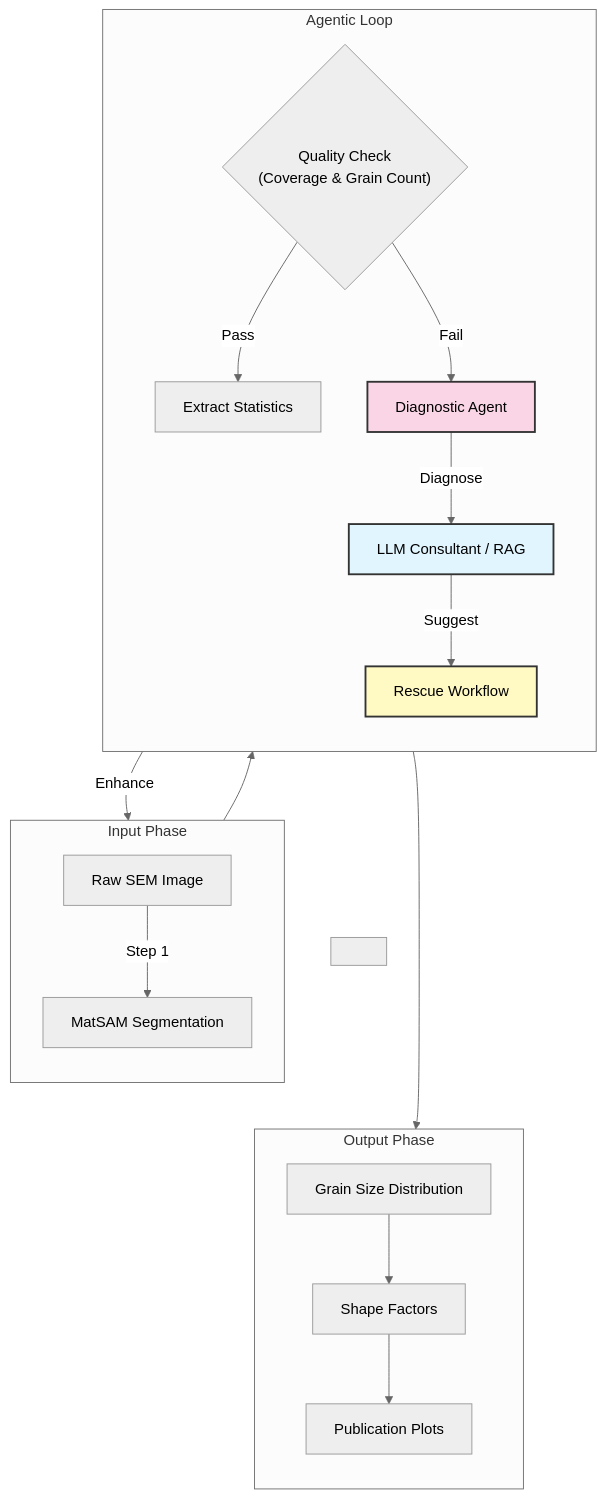
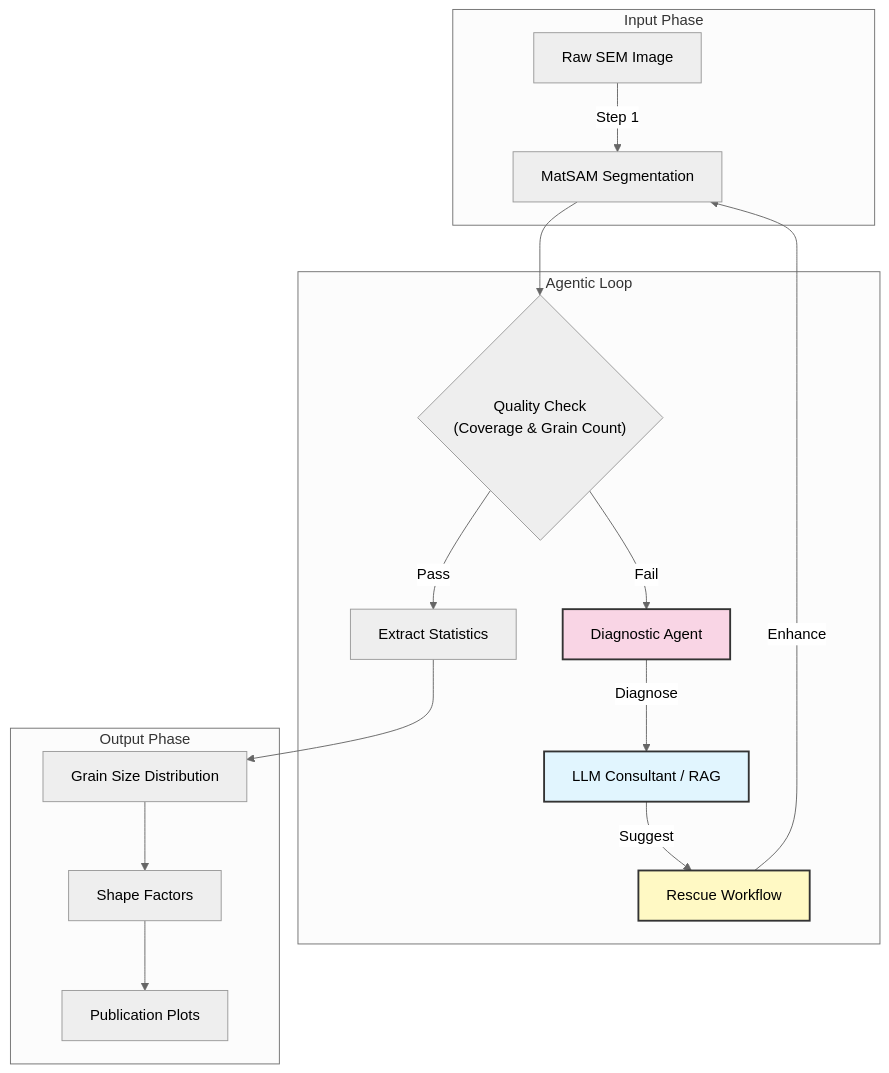
Before and after one commit to AliBaghizadeh/sem-image--agent-segmentation: the diagram in README.md, drawn with Mermaid (neutral theme). The commit also changed other lines of this file, not shown here.

Commit message:
Simplify Mermaid flowchart and update LinkedIn URL

````diff
--- a/README.md
+++ b/README.md
@@ -103,40 +103,29 @@
 ```mermaid
 graph TD
-    %% Main Pipeline Flow
     subgraph "Input Phase"
-    direction TB
     A[Raw SEM Image] -->|Step 1| B[MatSAM Segmentation]
     end
 
     subgraph "Agentic Loop"
-    direction TB
     B --> C{"Quality Check<br/>(Coverage & Grain Count)"}
     
-    %% Success Path (Left Side)
+    %% Success Path
     C -->|Pass| D[Extract Statistics]
     
-    %% Failure Path (Right Side)
+    %% Failure Path
     C -->|Fail| E[Diagnostic Agent]
     E -->|Diagnose| F[LLM Consultant / RAG]
     F -->|Suggest| G[Rescue Workflow]
     G -->|Enhance| B
     end
 
-    %% Create invisible spacer to align Output Phase higher
-    E ~~~ SPACER1[ ]
-    
     subgraph "Output Phase"
-    direction TB
     D --> H[Grain Size Distribution]
     H --> I[Shape Factors]
     I --> J[Publication Plots]
     end
     
-    %% Align Output Phase with Diagnostic Agent level
-    SPACER1 ~~~ H
-    
-    %% Styles
     style E fill:#f9d5e5,stroke:#333,stroke-width:2px
     style F fill:#e1f5fe,stroke:#333,stroke-width:2px
     style G fill:#fff9c4,stroke:#333,stroke-width:2px
 ```
````
